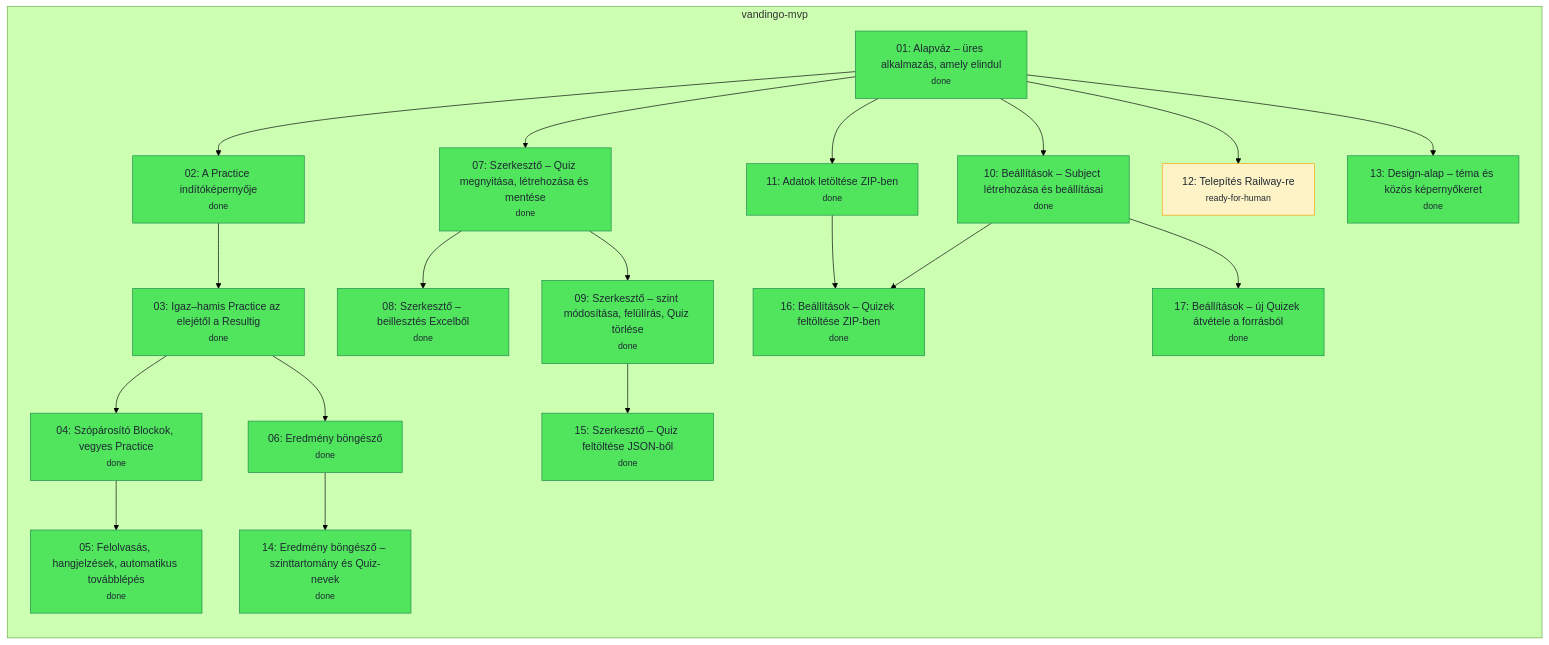
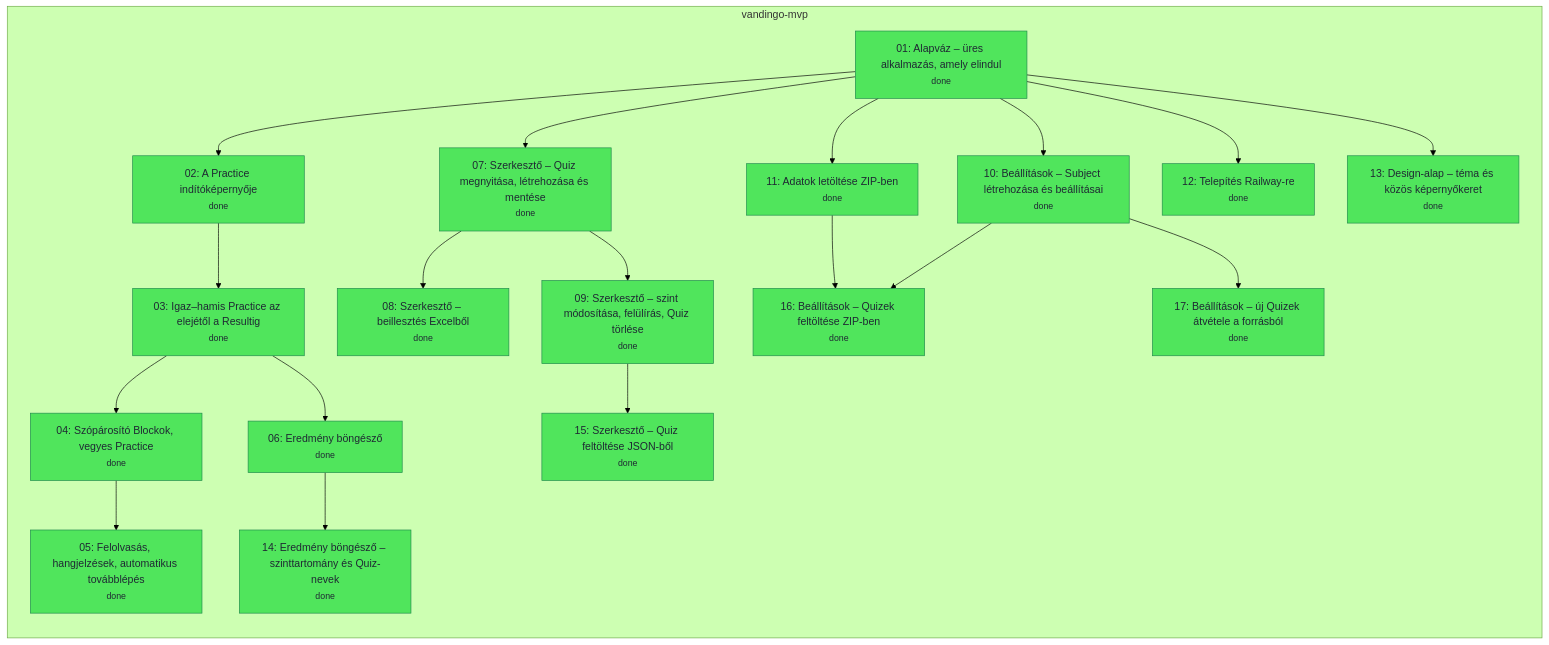
One commit to nagyandor76/Vandingo changed the diagram in .scratch/tickets.mmd. Above: the diagram before and after it, drawn with Mermaid (forest theme). The commit also changed 4 other files, not shown here.

```diff
--- a/.scratch/tickets.mmd
+++ b/.scratch/tickets.mmd
@@ -1,43 +1,43 @@
 flowchart LR
   subgraph vandingo_mvp_feature["vandingo-mvp"]
     vandingo_mvp_1["01: Alapváz – üres alkalmazás, amely elindul<br/><small>done</small>"]:::done
     vandingo_mvp_2["02: A Practice indítóképernyője<br/><small>done</small>"]:::done
     vandingo_mvp_3["03: Igaz–hamis Practice az elejétől a Resultig<br/><small>done</small>"]:::done
     vandingo_mvp_4["04: Szópárosító Blockok, vegyes Practice<br/><small>done</small>"]:::done
     vandingo_mvp_5["05: Felolvasás, hangjelzések, automatikus továbblépés<br/><small>done</small>"]:::done
     vandingo_mvp_6["06: Eredmény böngésző<br/><small>done</small>"]:::done
     vandingo_mvp_7["07: Szerkesztő – Quiz megnyitása, létrehozása és mentése<br/><small>done</small>"]:::done
     vandingo_mvp_8["08: Szerkesztő – beillesztés Excelből<br/><small>done</small>"]:::done
     vandingo_mvp_9["09: Szerkesztő – szint módosítása, felülírás, Quiz törlése<br/><small>done</small>"]:::done
     vandingo_mvp_10["10: Beállítások – Subject létrehozása és beállításai<br/><small>done</small>"]:::done
     vandingo_mvp_11["11: Adatok letöltése ZIP-ben<br/><small>done</small>"]:::done
-    vandingo_mvp_12["12: Telepítés Railway-re<br/><small>ready-for-human</small>"]:::ready_for_human
+    vandingo_mvp_12["12: Telepítés Railway-re<br/><small>done</small>"]:::done
     vandingo_mvp_13["13: Design-alap – téma és közös képernyőkeret<br/><small>done</small>"]:::done
     vandingo_mvp_14["14: Eredmény böngésző – szinttartomány és Quiz-nevek<br/><small>done</small>"]:::done
     vandingo_mvp_15["15: Szerkesztő – Quiz feltöltése JSON-ből<br/><small>done</small>"]:::done
     vandingo_mvp_16["16: Beállítások – Quizek feltöltése ZIP-ben<br/><small>done</small>"]:::done
     vandingo_mvp_17["17: Beállítások – új Quizek átvétele a forrásból<br/><small>done</small>"]:::done
   end
   vandingo_mvp_1 --> vandingo_mvp_2
   vandingo_mvp_2 --> vandingo_mvp_3
   vandingo_mvp_3 --> vandingo_mvp_4
   vandingo_mvp_4 --> vandingo_mvp_5
   vandingo_mvp_3 --> vandingo_mvp_6
   vandingo_mvp_1 --> vandingo_mvp_7
   vandingo_mvp_7 --> vandingo_mvp_8
   vandingo_mvp_7 --> vandingo_mvp_9
   vandingo_mvp_1 --> vandingo_mvp_10
   vandingo_mvp_1 --> vandingo_mvp_11
   vandingo_mvp_1 --> vandingo_mvp_12
   vandingo_mvp_1 --> vandingo_mvp_13
   vandingo_mvp_6 --> vandingo_mvp_14
   vandingo_mvp_9 --> vandingo_mvp_15
   vandingo_mvp_10 --> vandingo_mvp_16
   vandingo_mvp_11 --> vandingo_mvp_16
   vandingo_mvp_10 --> vandingo_mvp_17
   classDef done fill:#50e55c,stroke:#1f8a4c,color:#1f2933
   classDef ready_for_agent fill:#e0f2fe,stroke:#0ea5e9,color:#1f2933
   classDef ready_for_human fill:#fef3c7,stroke:#f59e0b,color:#1f2933
   classDef needs_triage fill:#f3f4f6,stroke:#6b7480,color:#1f2933
   classDef needs_info fill:#fbecea,stroke:#c2413b,color:#1f2933
   classDef wontfix fill:#f3f4f6,stroke:#9ca3af,color:#6b7480,stroke-dasharray:4
```
